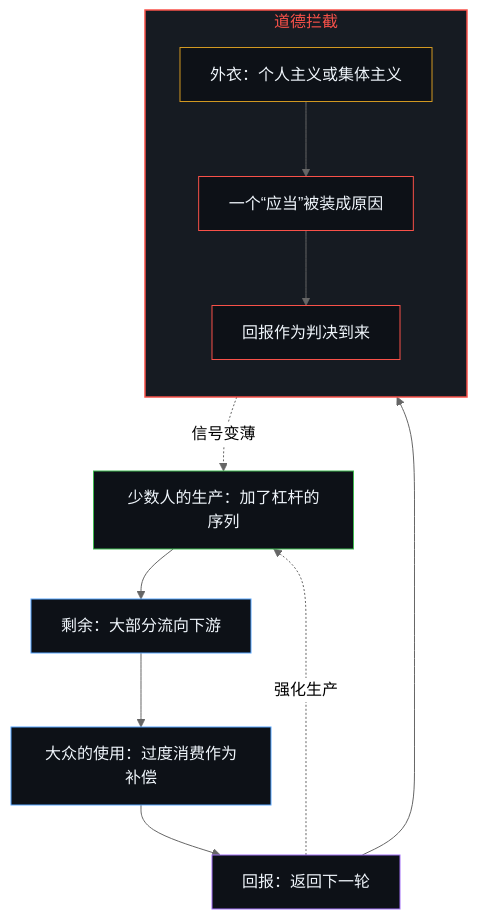
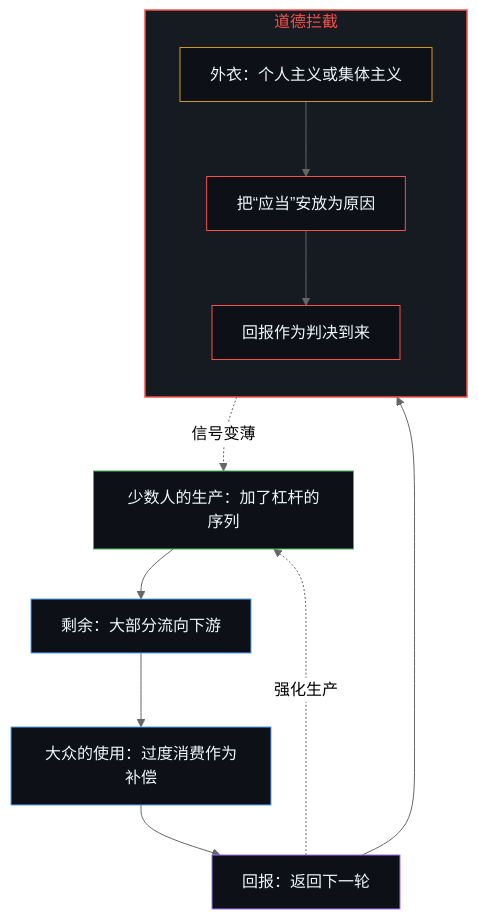
One commit to powerpig99/not-a-toe changed the first of 2 diagrams in content/posts/order-surplus-and-the-moral-intercept.md. Above: the diagram before and after it, drawn with Mermaid (neutral theme). The commit also changed other lines of this file and 3 other files, not shown here.

````diff
--- a/content/posts/order-surplus-and-the-moral-intercept.md
+++ b/content/posts/order-surplus-and-the-moral-intercept.md
@@ -53,25 +53,25 @@
 ```mermaid
 flowchart TD
     P["少数人的生产：加了杠杆的序列"]
     S["剩余：大部分流向下游"]
     C["大众的使用：过度消费作为补偿"]
     R["回报：返回下一轮"]
     subgraph S_Int["道德拦截"]
         direction TB
         I1["外衣：个人主义或集体主义"]
-        I2["一个“应当”被装成原因"]
+        I2["把“应当”安放为原因"]
         I3["回报作为判决到来"]
     end
     P --> S --> C --> R
     R -.->|"强化生产"| P
     R --> I1 --> I2 --> I3
     I3 -.->|"信号变薄"| P
     style S_Int fill:#161b22,stroke:#f85149,stroke-width:1.5px,color:#f85149
     style P fill:#0d1117,stroke:#3fb950,stroke-width:1px,color:#f0f6fc
     style S fill:#0d1117,stroke:#58a6ff,stroke-width:1px,color:#f0f6fc
     style C fill:#0d1117,stroke:#58a6ff,stroke-width:1px,color:#f0f6fc
     style R fill:#0d1117,stroke:#a371f7,stroke-width:1px,color:#f0f6fc
     style I1 fill:#0d1117,stroke:#d29922,stroke-width:1px,color:#f0f6fc
     style I2 fill:#0d1117,stroke:#f85149,stroke-width:1px,color:#f0f6fc
     style I3 fill:#0d1117,stroke:#f85149,stroke-width:1px,color:#f0f6fc
 ```
````
